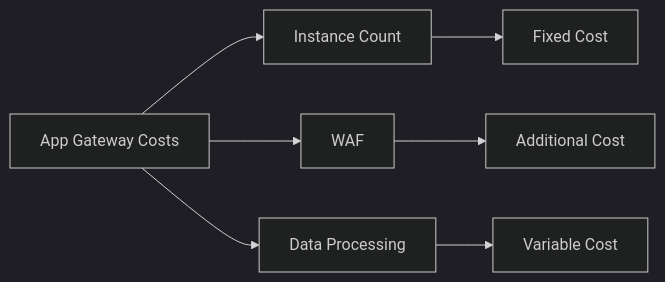
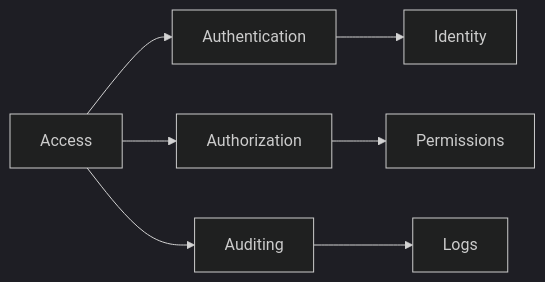
Before and after one commit to saravanakumarrc/Architecture_Journey: diagram 16 of 18 in src/azure/az-104/Load_Balancing.md, drawn with Mermaid (dark theme). The commit also changed other lines of this file and 6 other files, not shown here.

````diff
--- a/src/azure/az-104/Load_Balancing.md
+++ b/src/azure/az-104/Load_Balancing.md
@@ -234,10 +264,10 @@
 ```mermaid
 graph LR
-    A[App Gateway Costs] --> B[Instance Count]
-    A --> C[WAF]
-    A --> D[Data Processing]
+    A[Access] --> B[Authentication]
+    A --> C[Authorization]
+    A --> D[Auditing]
     
-    B --> E[Fixed Cost]
-    C --> F[Additional Cost]
-    D --> G[Variable Cost]
+    B --> E[Identity]
+    C --> F[Permissions]
+    D --> G[Logs]
 ```
````
